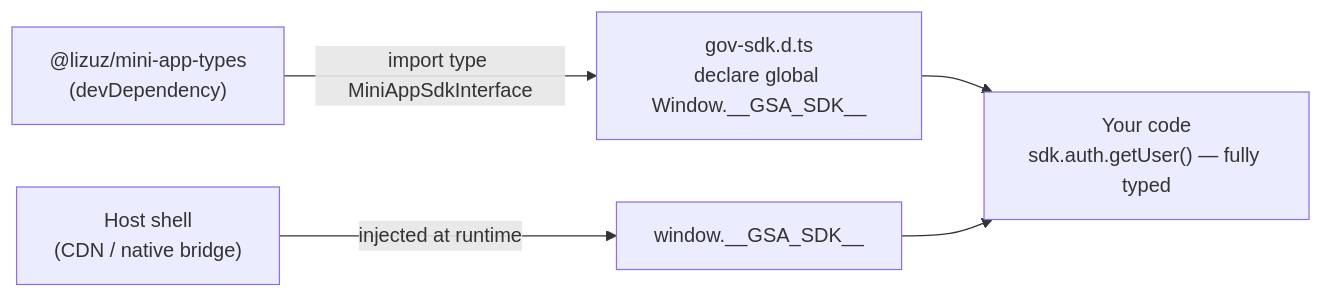
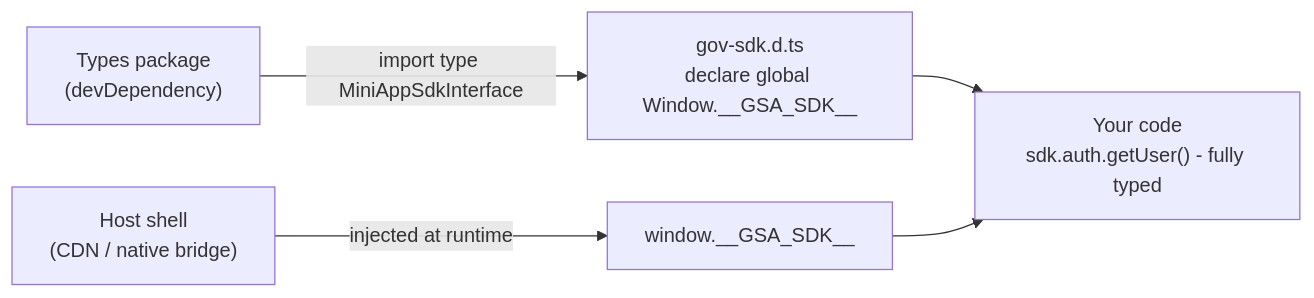
The diagram in docs/getting-started.mdx (lizuzsusil/developer-portal), drawn with Mermaid before and after one commit. The commit also changed other lines of this file and 36 other files, not shown here.

Commit message:
types package taken from env

````diff
--- a/docs/getting-started.mdx
+++ b/docs/getting-started.mdx
@@ -25,7 +25,7 @@
 ```mermaid
 flowchart LR
-    A["@lizuz/mini-app-types<br/>(devDependency)"] -->|"import type MiniAppSdkInterface"| B["gov-sdk.d.ts<br/>declare global Window.__GSA_SDK__"]
-    B --> C["Your code<br/>sdk.auth.getUser() — fully typed"]
+    A["Types package<br/>(devDependency)"] -->|"import type MiniAppSdkInterface"| B["gov-sdk.d.ts<br/>declare global Window.__GSA_SDK__"]
+    B --> C["Your code<br/>sdk.auth.getUser() - fully typed"]
     D["Host shell<br/>(CDN / native bridge)"] -->|"injected at runtime"| E["window.__GSA_SDK__"]
     E --> C
 ```
````
